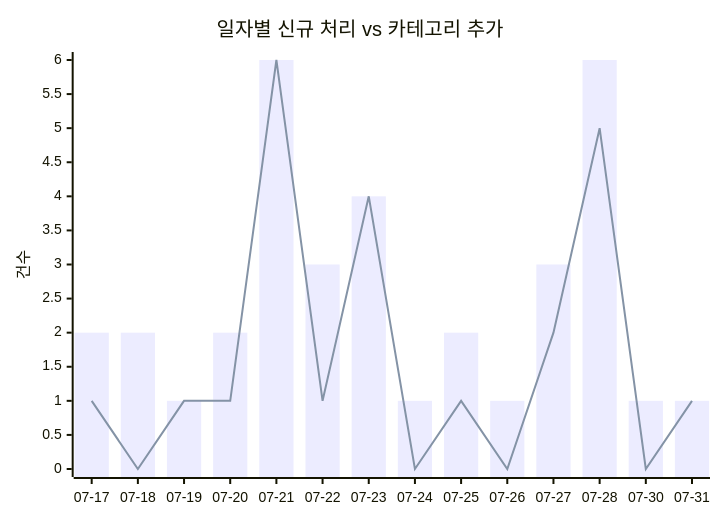
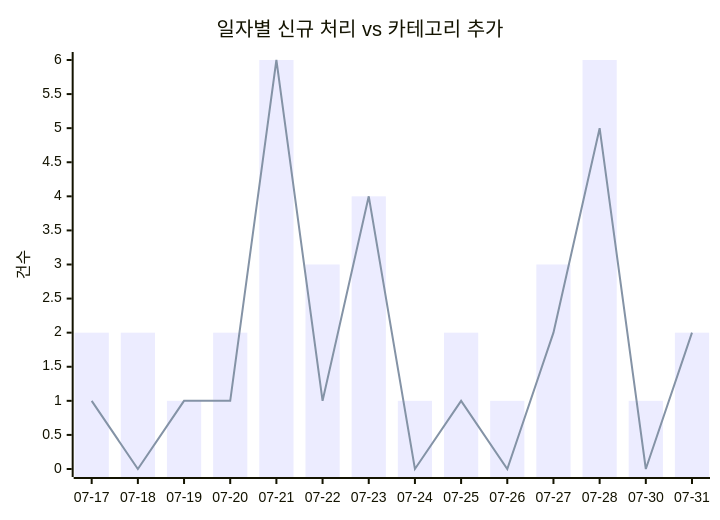
Before and after one commit to J-nowcow/awesome-korean-agent-skills: the first of 2 diagrams in docs/trends.md, drawn with Mermaid. The commit also changed other lines of this file and 4 other files, not shown here.

````diff
--- a/docs/trends.md
+++ b/docs/trends.md
@@ -32,8 +32,8 @@
 ```mermaid
 xychart-beta
     title "일자별 신규 처리 vs 카테고리 추가"
     x-axis ["07-17","07-18","07-19","07-20","07-21","07-22","07-23","07-24","07-25","07-26","07-27","07-28","07-30","07-31"]
     y-axis "건수"
-    bar [2,2,1,2,6,3,4,1,2,1,3,6,1,1]
-    line [1,0,1,1,6,1,4,0,1,0,2,5,0,1]
+    bar [2,2,1,2,6,3,4,1,2,1,3,6,1,2]
+    line [1,0,1,1,6,1,4,0,1,0,2,5,0,2]
 ```
````
